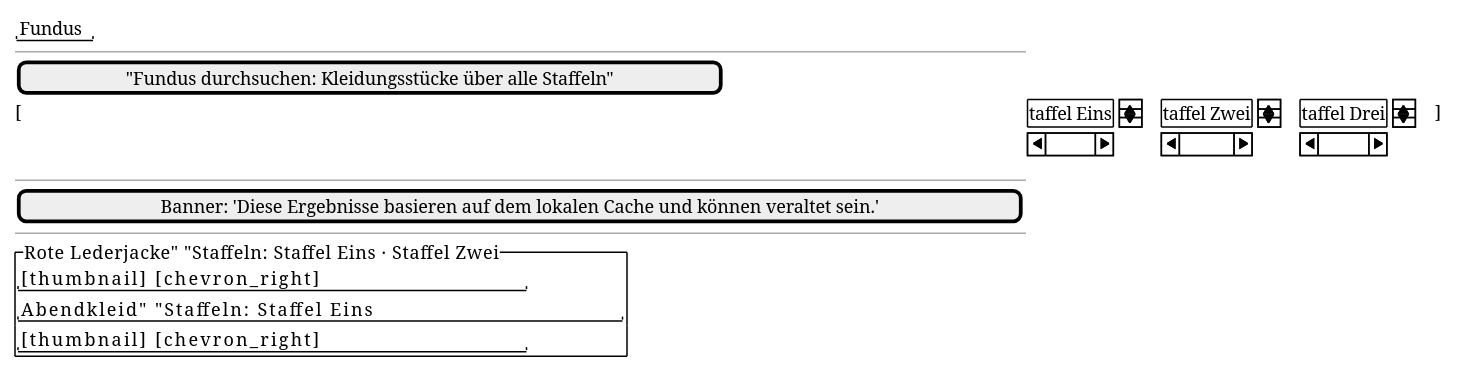
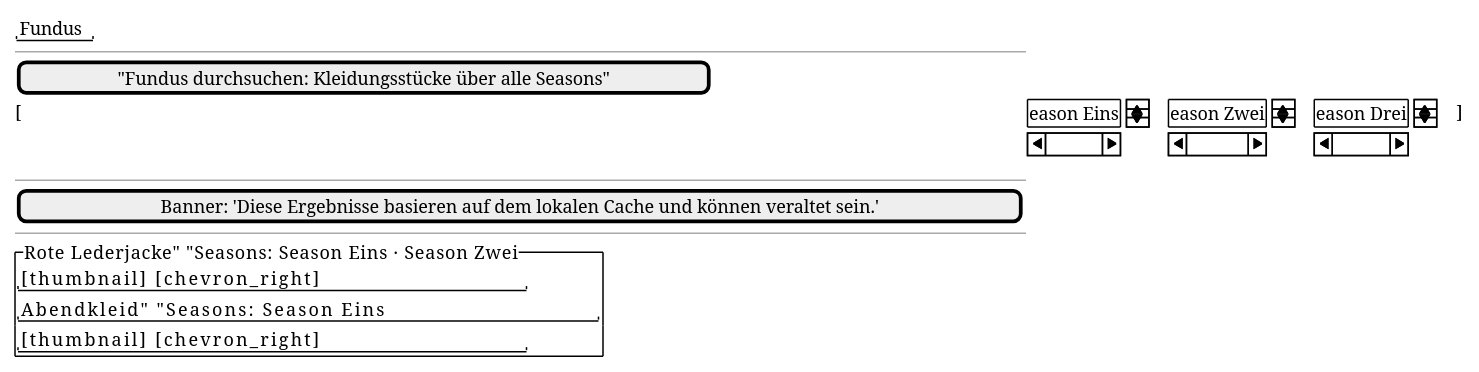
The diagram in docs/design/screens/fundus.md (tradem/breakdown-rs), drawn with PlantUML before and after one commit. The commit also changed 51 other files, not shown here.

````diff
--- a/docs/design/screens/fundus.md
+++ b/docs/design/screens/fundus.md
@@ -21,17 +21,17 @@
 ```plantuml
 @startsalt
 {
   "Fundus"
   --
-  [ "Fundus durchsuchen: Kleidungsstücke über alle Staffeln" ]
-  [ {Staffel Eins} | {Staffel Zwei} | {Staffel Drei} ]
+  [ "Fundus durchsuchen: Kleidungsstücke über alle Seasons" ]
+  [ {Season Eins} | {Season Zwei} | {Season Drei} ]
   --
   [Banner: 'Diese Ergebnisse basieren auf dem lokalen Cache und können veraltet sein.']
   --
-  {^ "Rote Lederjacke"          "Staffeln: Staffel Eins · Staffel Zwei"
+  {^ "Rote Lederjacke"          "Seasons: Season Eins · Season Zwei"
      " [thumbnail]               [chevron_right]"
-     "Abendkleid"                "Staffeln: Staffel Eins"
+     "Abendkleid"                "Seasons: Season Eins"
      " [thumbnail]               [chevron_right]"}
 }
 @endsalt
 ```
````
